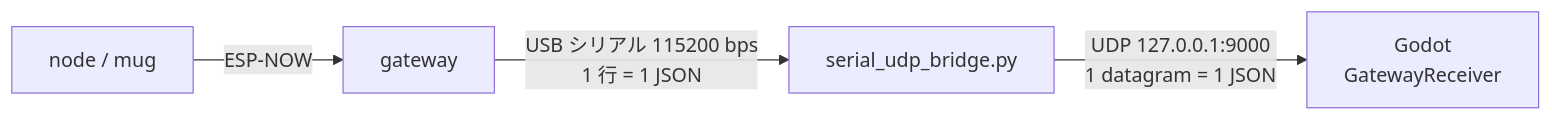
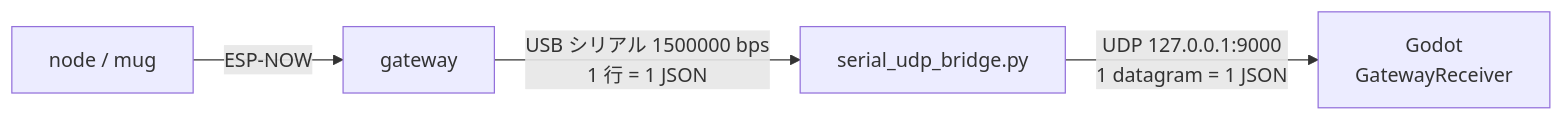
One commit to shiruku-shibata/Beer-Fw changed the diagram in README.md. Above: the diagram before and after it, drawn with Mermaid. The commit also changed other lines of this file and 8 other files, not shown here.

````diff
--- a/README.md
+++ b/README.md
@@ -92,6 +93,6 @@
 ```mermaid
 flowchart LR
     N["node / mug"] -- ESP-NOW --> GW["gateway"]
-    GW -- "USB シリアル 115200 bps<br/>1 行 = 1 JSON" --> B["serial_udp_bridge.py"]
+    GW -- "USB シリアル 1500000 bps<br/>1 行 = 1 JSON" --> B["serial_udp_bridge.py"]
     B -- "UDP 127.0.0.1:9000<br/>1 datagram = 1 JSON" --> G["Godot<br/>GatewayReceiver"]
 ```
````
